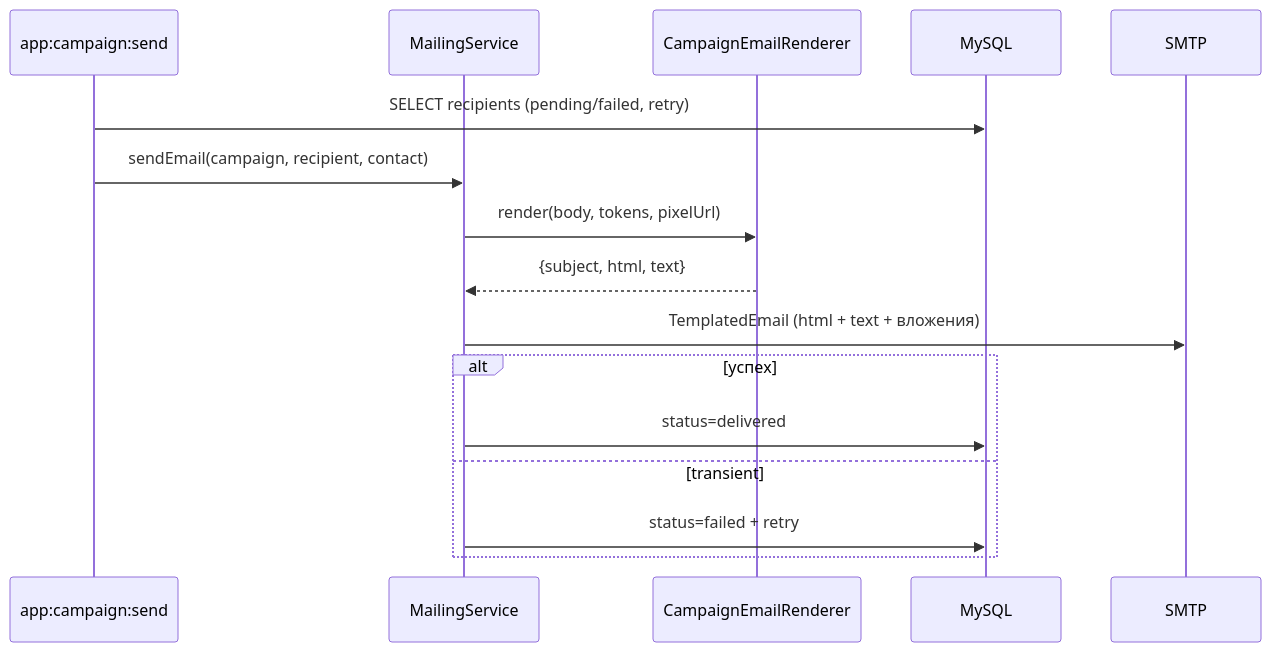
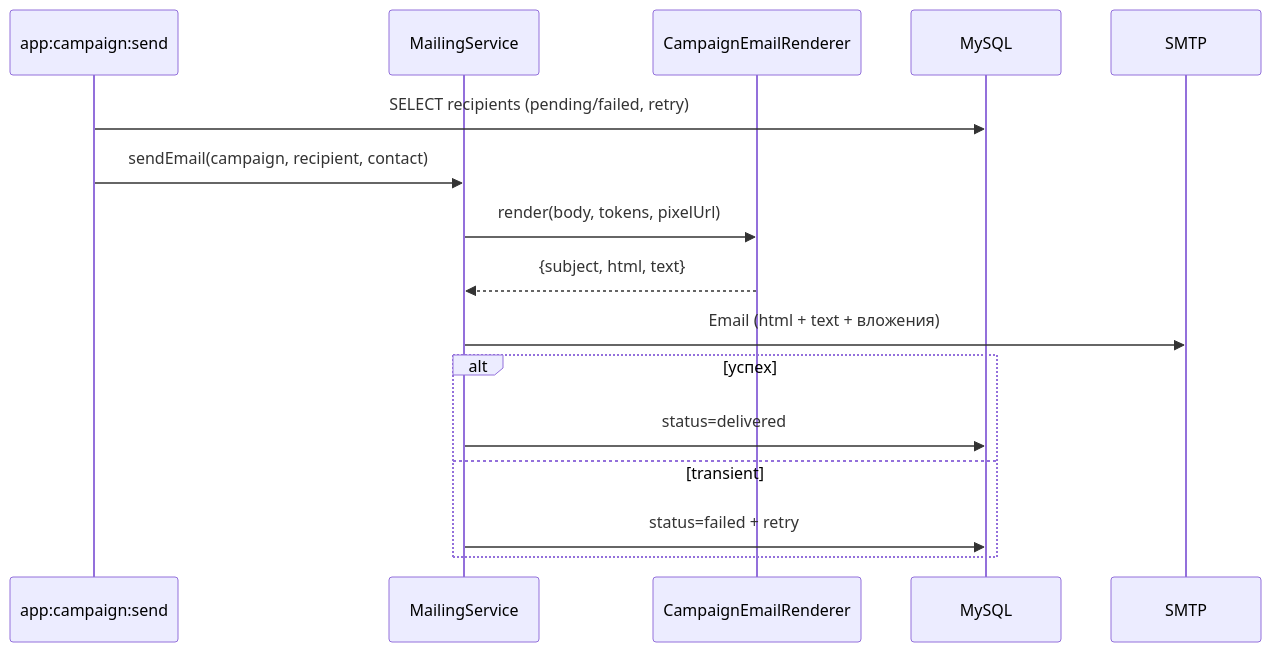
One commit to AliakseiBurak/crm-one changed the third of 4 diagrams in openspec/changes/wysiwyg-email-body/design.md. Above: the diagram before and after it, drawn with Mermaid. The commit also changed other lines of this file and 3 other files, not shown here.

````diff
--- a/openspec/changes/wysiwyg-email-body/design.md
+++ b/openspec/changes/wysiwyg-email-body/design.md
@@ -132,19 +143,19 @@
 ```mermaid
 sequenceDiagram
     participant W as app:campaign:send
     participant M as MailingService
     participant R as CampaignEmailRenderer
     participant DB as MySQL
     participant SMTP as SMTP
 
     W->>DB: SELECT recipients (pending/failed, retry)
     W->>M: sendEmail(campaign, recipient, contact)
     M->>R: render(body, tokens, pixelUrl)
     R-->>M: {subject, html, text}
-    M->>SMTP: TemplatedEmail (html + text + вложения)
+    M->>SMTP: Email (html + text + вложения)
     alt успех
         M->>DB: status=delivered
     else transient
         M->>DB: status=failed + retry
     end
 ```
````
